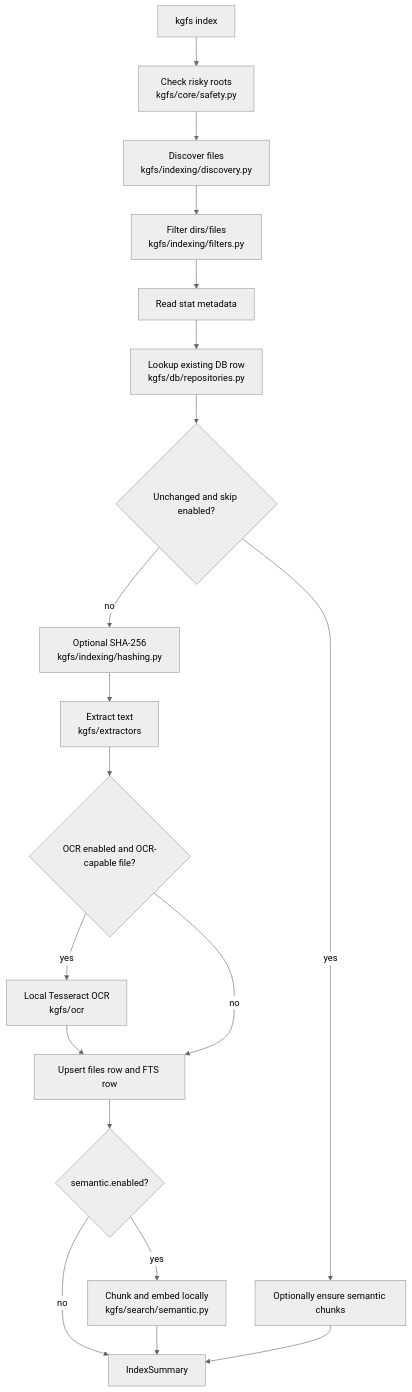
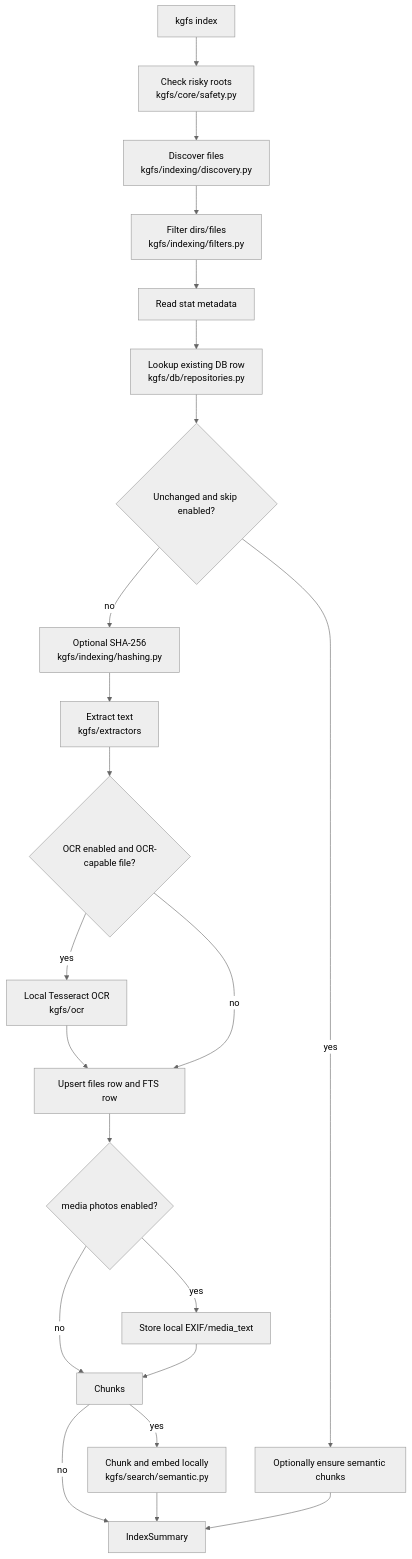
The second of 11 diagrams in docs/architecture.md (Kgray44/KG-File-Search), drawn with Mermaid (neutral theme) before and after one commit. The commit also changed other lines of this file and 52 other files, not shown here.

````diff
--- a/docs/architecture.md
+++ b/docs/architecture.md
@@ -48,21 +49,24 @@
 ```mermaid
 flowchart TD
     Start["kgfs index"] --> Risk["Check risky roots\nkgfs/core/safety.py"]
     Risk --> Discover["Discover files\nkgfs/indexing/discovery.py"]
     Discover --> Filter["Filter dirs/files\nkgfs/indexing/filters.py"]
     Filter --> Metadata["Read stat metadata"]
     Metadata --> Existing["Lookup existing DB row\nkgfs/db/repositories.py"]
     Existing --> Skip{"Unchanged and skip enabled?"}
     Skip -->|"yes"| EnsureChunks["Optionally ensure semantic chunks"]
     Skip -->|"no"| Hash["Optional SHA-256\nkgfs/indexing/hashing.py"]
     Hash --> Extract["Extract text\nkgfs/extractors"]
     Extract --> OCR{"OCR enabled and OCR-capable file?"}
     OCR -->|"yes"| Tesseract["Local Tesseract OCR\nkgfs/ocr"]
     Tesseract --> Upsert["Upsert files row and FTS row"]
     OCR -->|"no"| Upsert
-    Upsert --> Chunks{"semantic.enabled?"}
+    Upsert --> Media{"media photos enabled?"}
+    Media -->|"yes"| Exif["Store local EXIF/media_text"]
+    Media -->|"no"| Chunks
+    Exif --> Chunks
     Chunks -->|"yes"| Embed["Chunk and embed locally\nkgfs/search/semantic.py"]
     Chunks -->|"no"| Summary["IndexSummary"]
     Embed --> Summary
     EnsureChunks --> Summary
 ```
````
